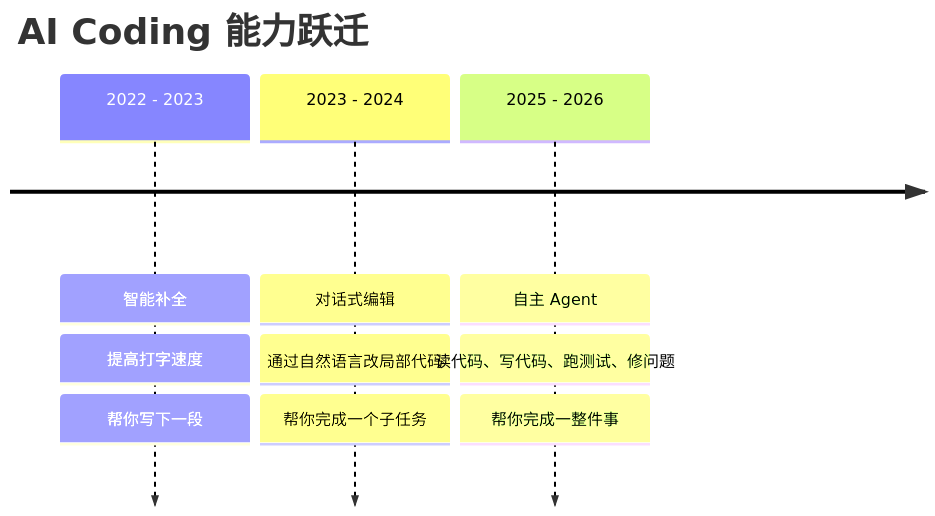
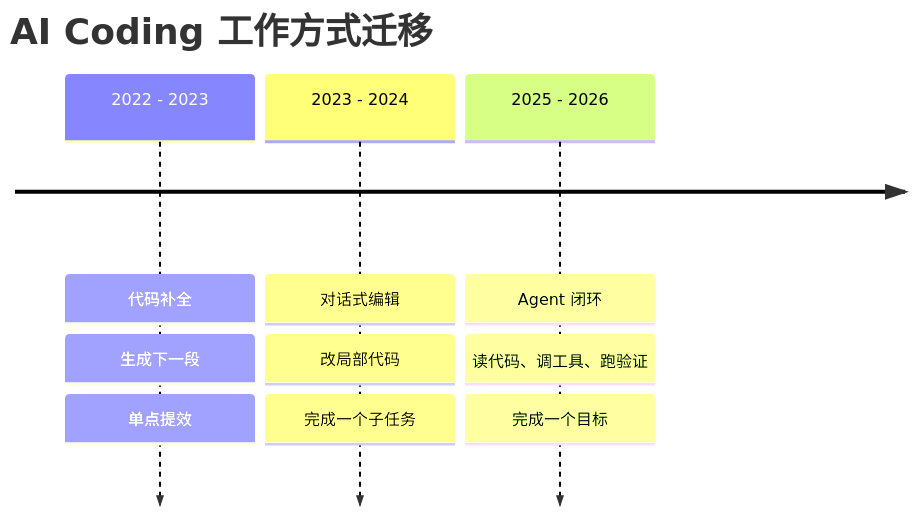
Before and after one commit to boycecong-hue/OCTOPUS-GAME-AI-SHARE: the diagram in sections/01-intro.md, drawn with Mermaid. The commit also changed other lines of this file and 19 other files, not shown here.

````diff
--- a/sections/01-intro.md
+++ b/sections/01-intro.md
@@ -9,7 +9,7 @@
 ```mermaid
 timeline
-    title AI Coding 能力跃迁
-    2022 - 2023 : 智能补全 : 提高打字速度 : 帮你写下一段
-    2023 - 2024 : 对话式编辑 : 通过自然语言改局部代码 : 帮你完成一个子任务
-    2025 - 2026 : 自主 Agent : 读代码、写代码、跑测试、修问题 : 帮你完成一整件事
+    title AI Coding 工作方式迁移
+    2022 - 2023 : 代码补全 : 生成下一段 : 单点提效
+    2023 - 2024 : 对话式编辑 : 改局部代码 : 完成一个子任务
+    2025 - 2026 : Agent 闭环 : 读代码、调工具、跑验证 : 完成一个目标
 ```
````
